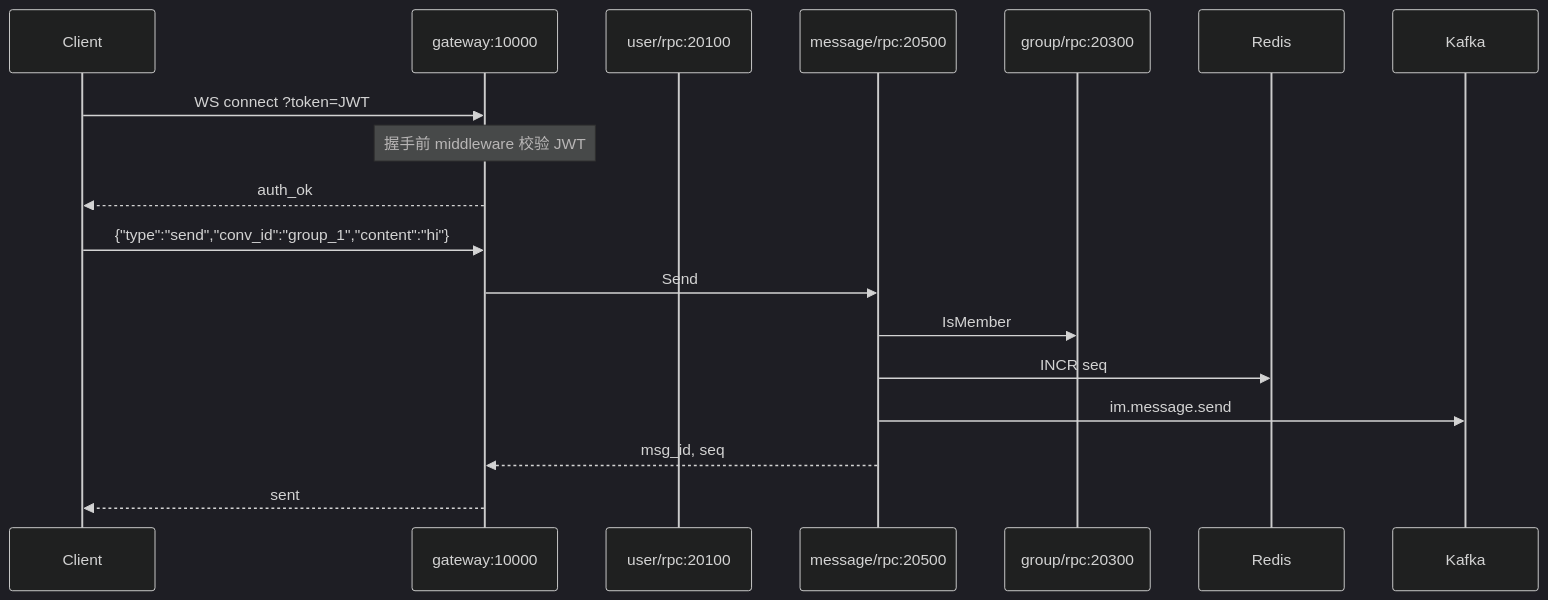
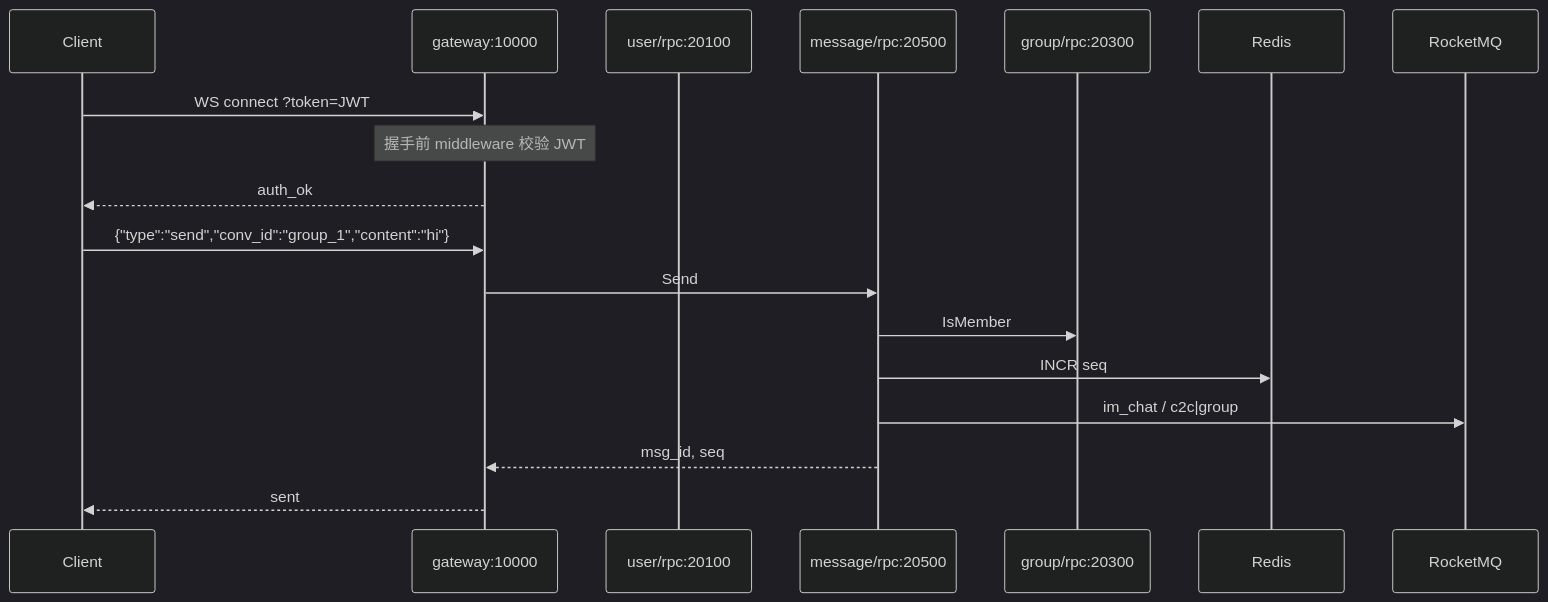
Before and after one commit to AlbertChenshiqi/im: the third of 6 diagrams in README.md, drawn with Mermaid (dark theme). The commit also changed other lines of this file and 273 other files, not shown here.

````diff
--- a/README.md
+++ b/README.md
@@ -158,22 +158,22 @@
 ```mermaid
 sequenceDiagram
   participant C as Client
   participant GW as gateway:10000
   participant URPC as user/rpc:20100
   participant MRPC as message/rpc:20500
   participant GRPC as group/rpc:20300
   participant Redis as Redis
-  participant Kafka as Kafka
+  participant RMQ as RocketMQ
 
   C->>GW: WS connect ?token=JWT
   Note over GW: 握手前 middleware 校验 JWT
   GW-->>C: auth_ok
 
   C->>GW: {"type":"send","conv_id":"group_1","content":"hi"}
   GW->>MRPC: Send
   MRPC->>GRPC: IsMember
   MRPC->>Redis: INCR seq
-  MRPC->>Kafka: im.message.send
+  MRPC->>RMQ: im_chat / c2c|group
   MRPC-->>GW: msg_id, seq
   GW-->>C: sent
 ```
````
